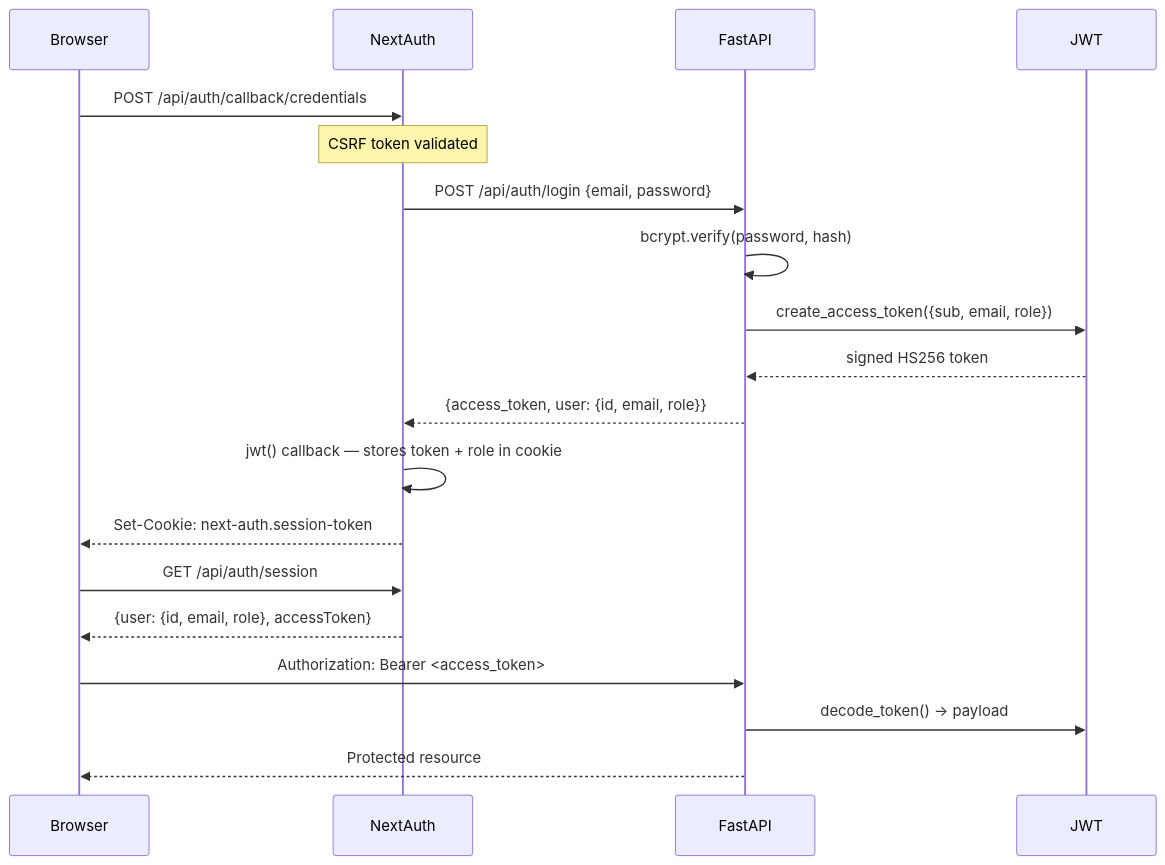
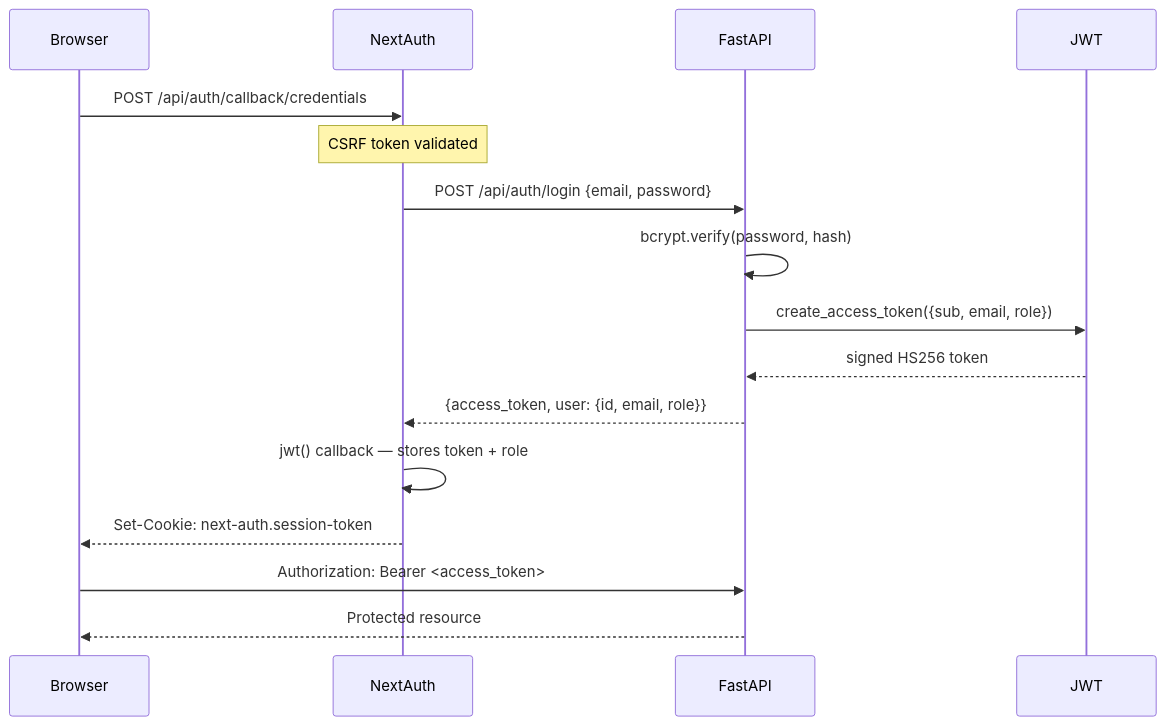
One commit to fokrulanthro16-eng/sentinel-ai changed the third of 4 diagrams in README.md. Above: the diagram before and after it, drawn with Mermaid. The commit also changed other lines of this file, not shown here.

````diff
--- a/README.md
+++ b/README.md
@@ -418,22 +388,19 @@
 ```mermaid
 sequenceDiagram
     participant Browser
     participant NextAuth
     participant FastAPI
     participant JWT
 
     Browser->>NextAuth: POST /api/auth/callback/credentials
     Note over NextAuth: CSRF token validated
     NextAuth->>FastAPI: POST /api/auth/login {email, password}
     FastAPI->>FastAPI: bcrypt.verify(password, hash)
     FastAPI->>JWT: create_access_token({sub, email, role})
     JWT-->>FastAPI: signed HS256 token
     FastAPI-->>NextAuth: {access_token, user: {id, email, role}}
-    NextAuth->>NextAuth: jwt() callback — stores token + role in cookie
+    NextAuth->>NextAuth: jwt() callback — stores token + role
     NextAuth-->>Browser: Set-Cookie: next-auth.session-token
-    Browser->>NextAuth: GET /api/auth/session
-    NextAuth-->>Browser: {user: {id, email, role}, accessToken}
     Browser->>FastAPI: Authorization: Bearer <access_token>
-    FastAPI->>JWT: decode_token() → payload
     FastAPI-->>Browser: Protected resource
 ```
````
